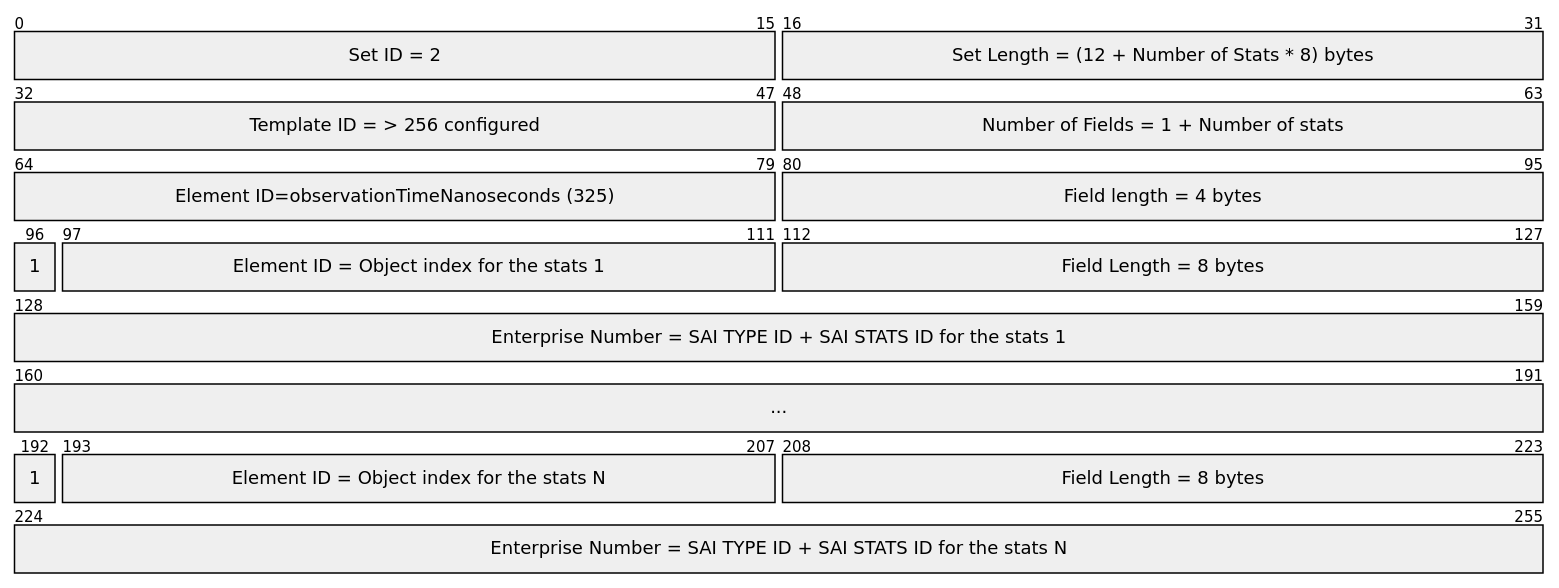
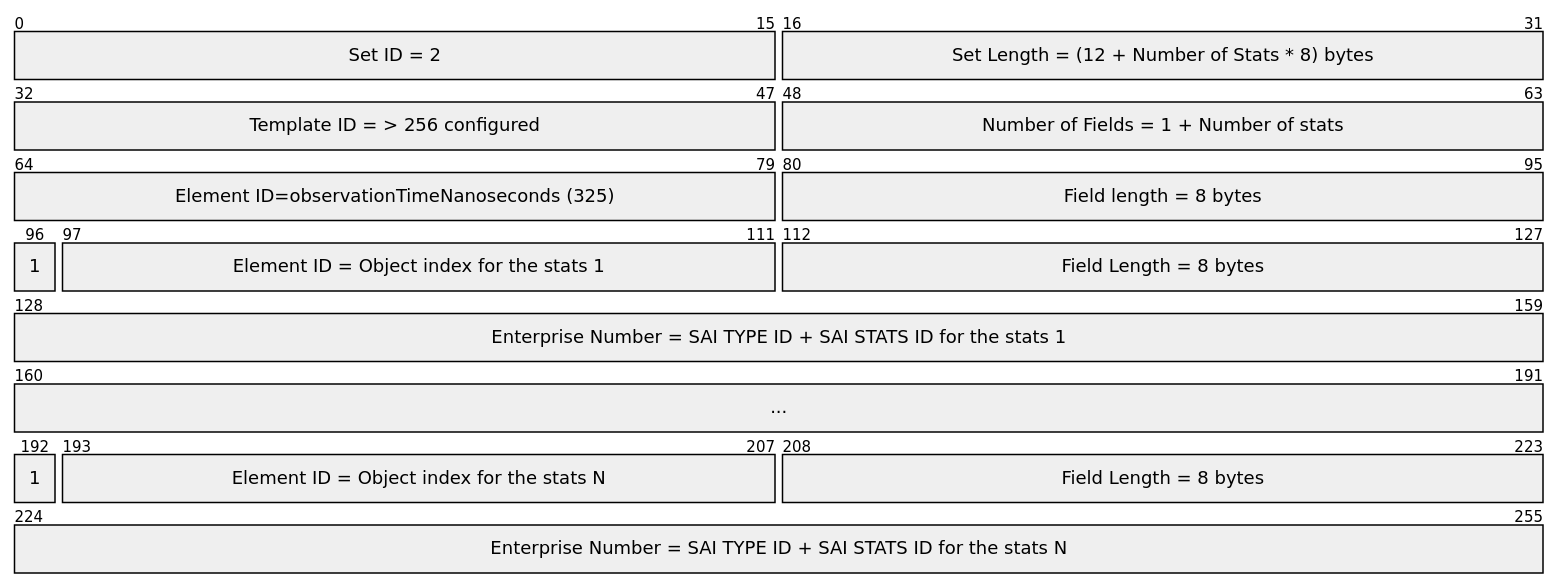
Before and after one commit to sonic-net/SONiC: the third of 9 diagrams in doc/stream-telemetry/stream-telemetry-hld.md, drawn with Mermaid. The commit also changed other lines of this file and 1 other file, not shown here.

````diff
--- a/doc/stream-telemetry/stream-telemetry-hld.md
+++ b/doc/stream-telemetry/stream-telemetry-hld.md
@@ -207,23 +211,23 @@
 ``` mermaid
 
 ---
 title: stream message of IPFIX template
 ---
 packet-beta
 0-15: "Set ID = 2"
 16-31: "Set Length = (12 + Number of Stats * 8) bytes"
 32-47: "Template ID = > 256 configured"
 48-63: "Number of Fields = 1 + Number of stats"
 64-79: "Element ID=observationTimeNanoseconds (325)"
-80-95: "Field length = 4 bytes"
+80-95: "Field length = 8 bytes"
 96-96: "1"
 97-111: "Element ID = Object index for the stats 1"
 112-127: "Field Length = 8 bytes"
 128-159: "Enterprise Number = SAI TYPE ID + SAI STATS ID for the stats 1"
 160-191: "..."
 192-192: "1"
 193-207: "Element ID = Object index for the stats N"
 208-223: "Field Length = 8 bytes"
 224-255: "Enterprise Number = SAI TYPE ID + SAI STATS ID for the stats N"
 
 ```
````
